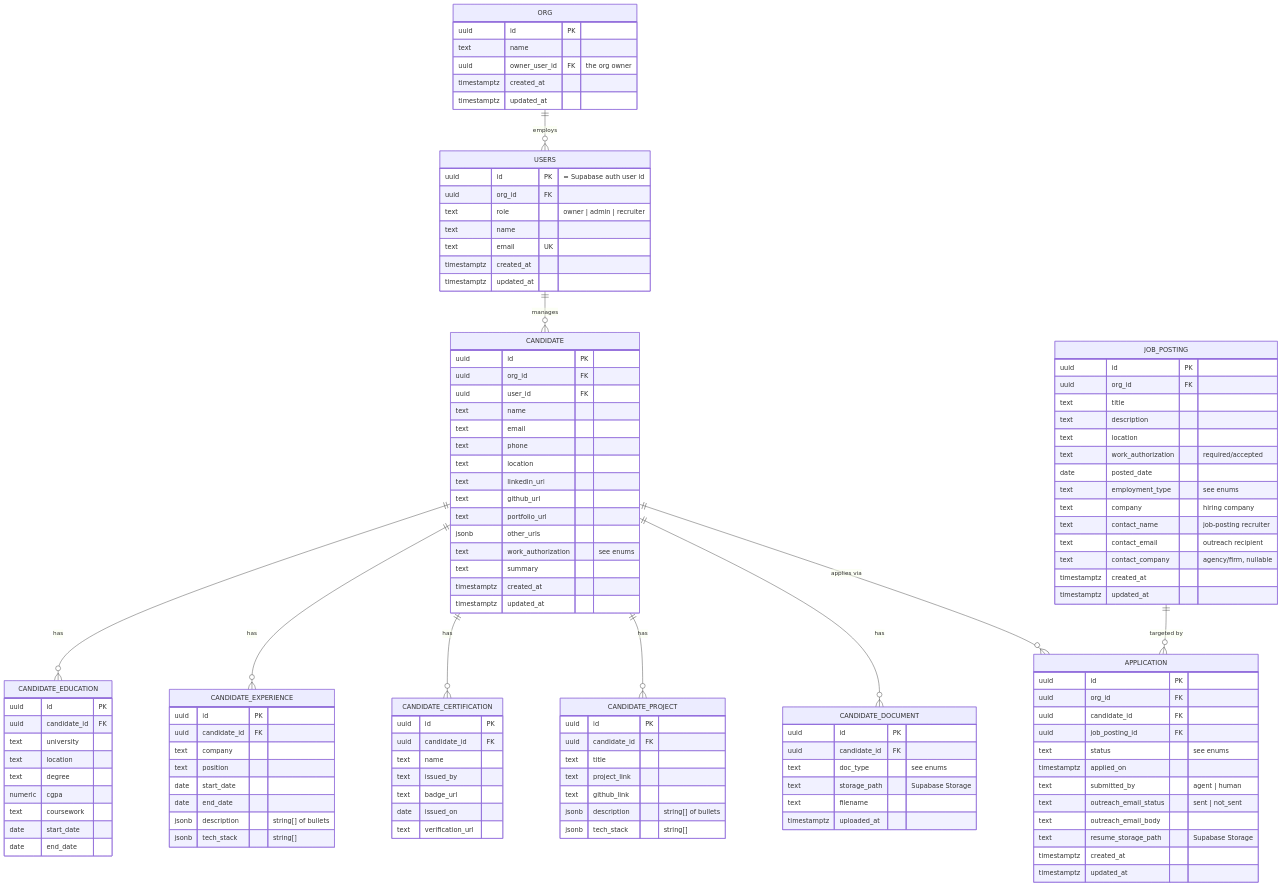
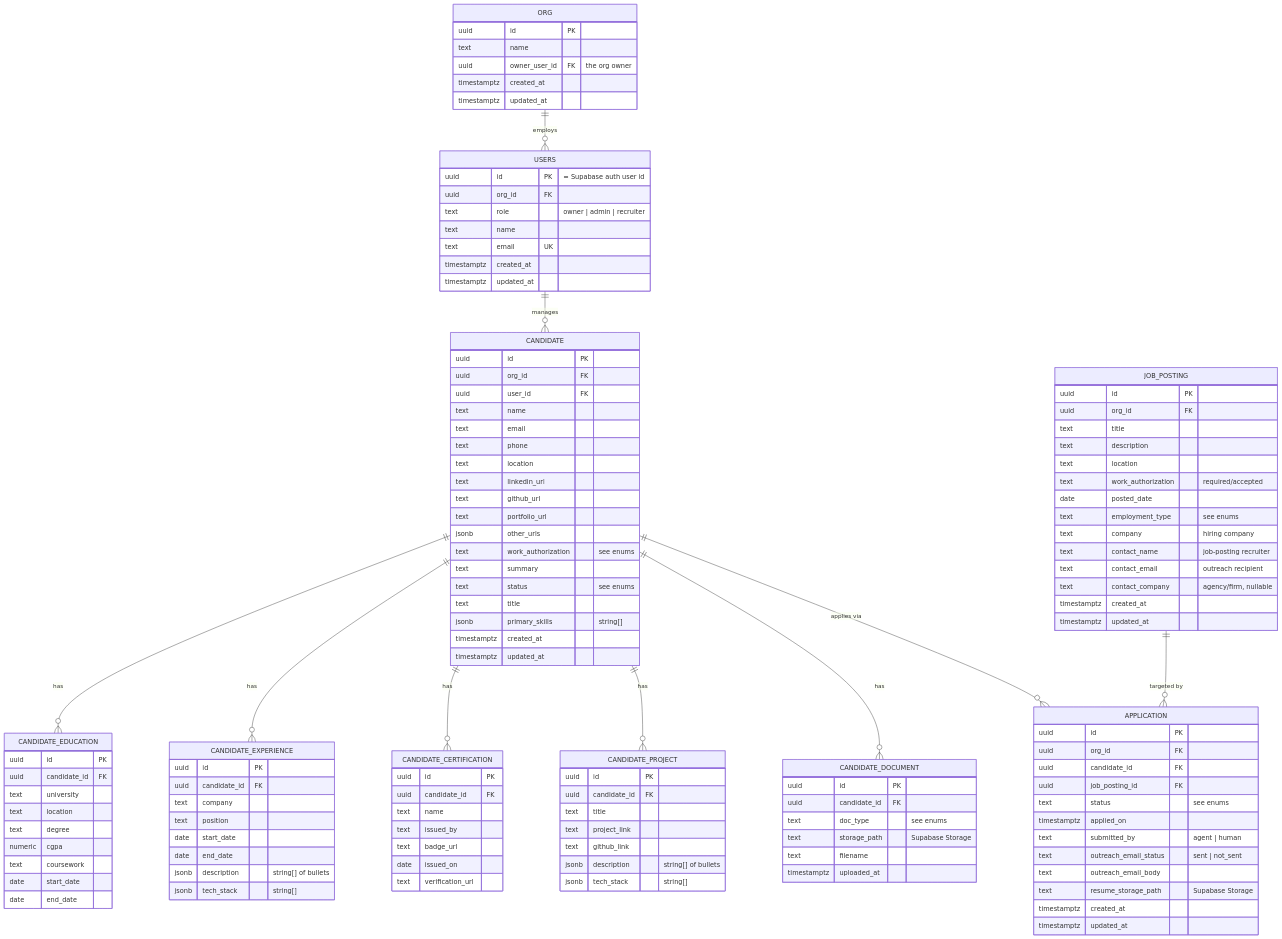
The diagram in docs/database-schema-v1.md (nikhil-chigali/bench-recruiter-agent), drawn with Mermaid before and after one commit. The commit also changed other lines of this file and 82 other files, not shown here.

```diff
--- a/docs/database-schema-v1.md
+++ b/docs/database-schema-v1.md
@@ -53,6 +53,9 @@
         jsonb other_urls
         text work_authorization "see enums"
         text summary
+        text status "see enums"
+        text title
+        jsonb primary_skills "string[]"
         timestamptz created_at
         timestamptz updated_at
     }
```
